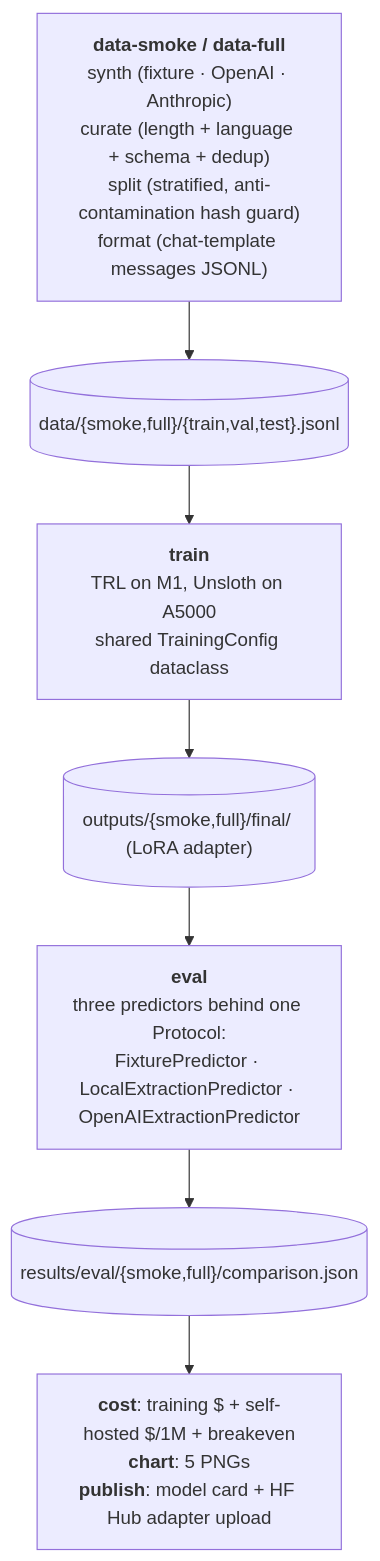
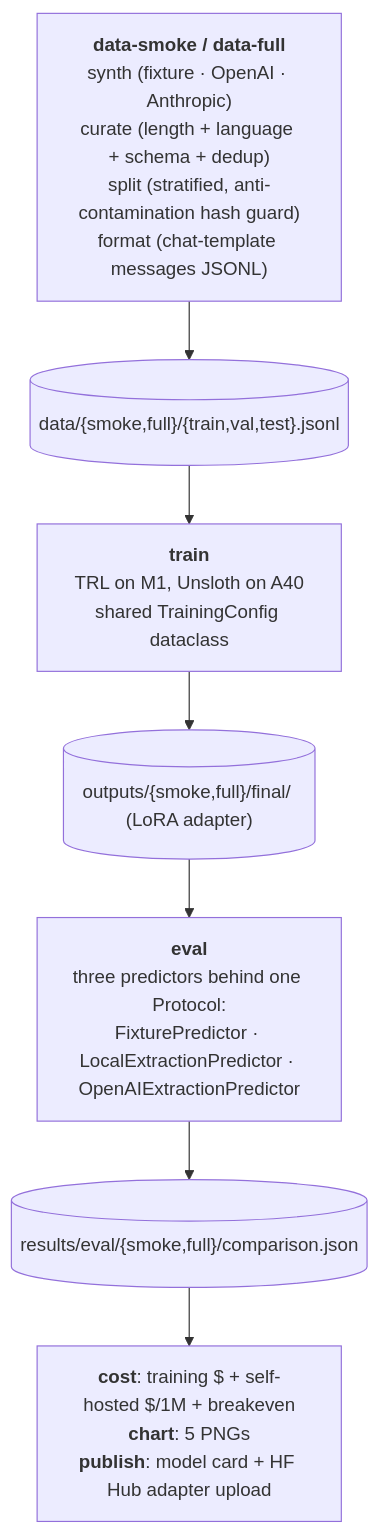
Before and after one commit to feRpicoral/anvil: the diagram in README.md, drawn with Mermaid. The commit also changed other lines of this file and 13 other files, not shown here.

````diff
--- a/README.md
+++ b/README.md
@@ -70,12 +70,12 @@
 ```mermaid
 flowchart TD
     Data["<b>data-smoke / data-full</b><br/>synth (fixture · OpenAI · Anthropic)<br/>curate (length + language + schema + dedup)<br/>split (stratified, anti-contamination hash guard)<br/>format (chat-template messages JSONL)"]
     DataOut[("data/{smoke,full}/{train,val,test}.jsonl")]
-    Train["<b>train</b><br/>TRL on M1, Unsloth on A5000<br/>shared TrainingConfig dataclass"]
+    Train["<b>train</b><br/>TRL on M1, Unsloth on A40<br/>shared TrainingConfig dataclass"]
     TrainOut[("outputs/{smoke,full}/final/ (LoRA adapter)")]
     Eval["<b>eval</b><br/>three predictors behind one Protocol:<br/>FixturePredictor · LocalExtractionPredictor · OpenAIExtractionPredictor"]
     EvalOut[("results/eval/{smoke,full}/comparison.json")]
     Final["<b>cost</b>: training $ + self-hosted $/1M + breakeven<br/><b>chart</b>: 5 PNGs<br/><b>publish</b>: model card + HF Hub adapter upload"]
 
     Data --> DataOut --> Train --> TrainOut --> Eval --> EvalOut --> Final
 ```
````
